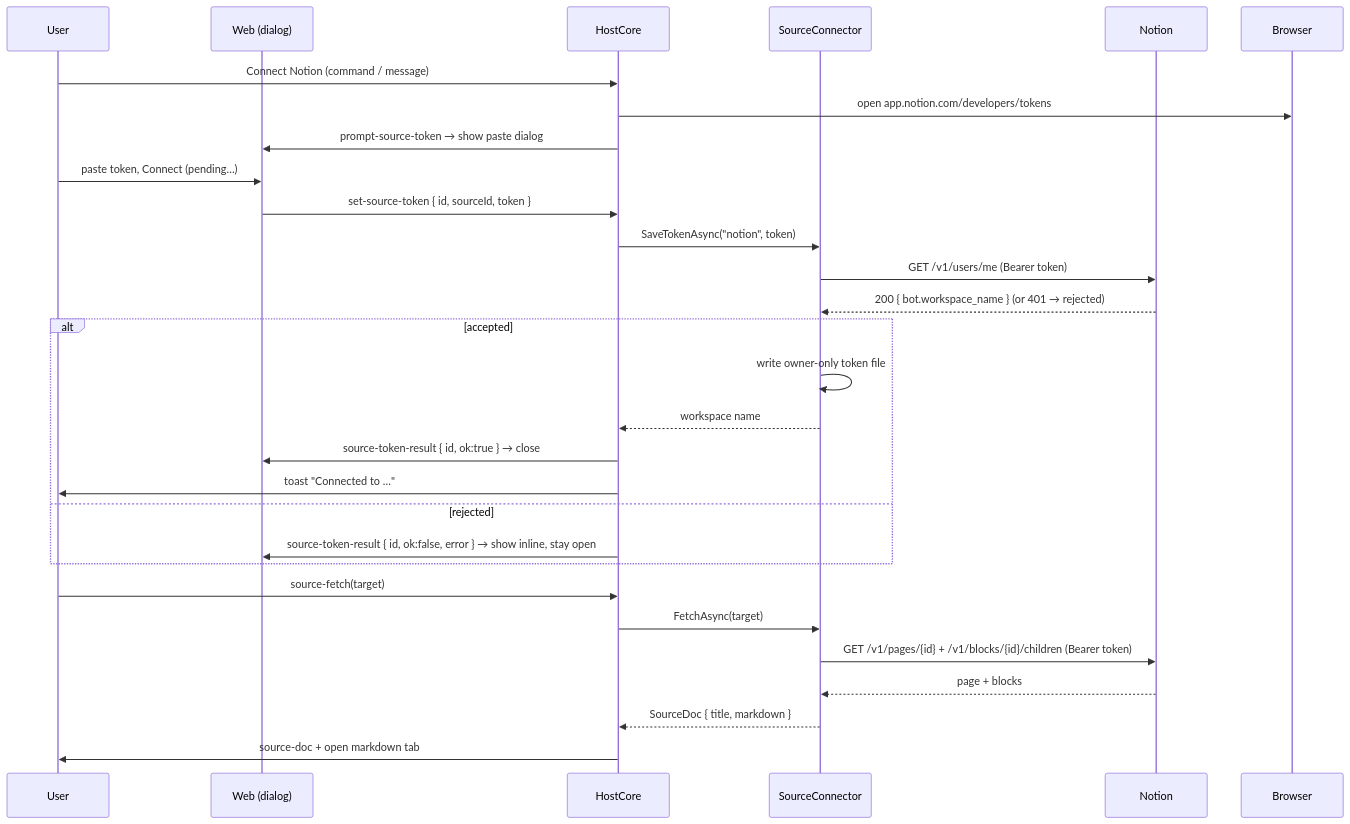
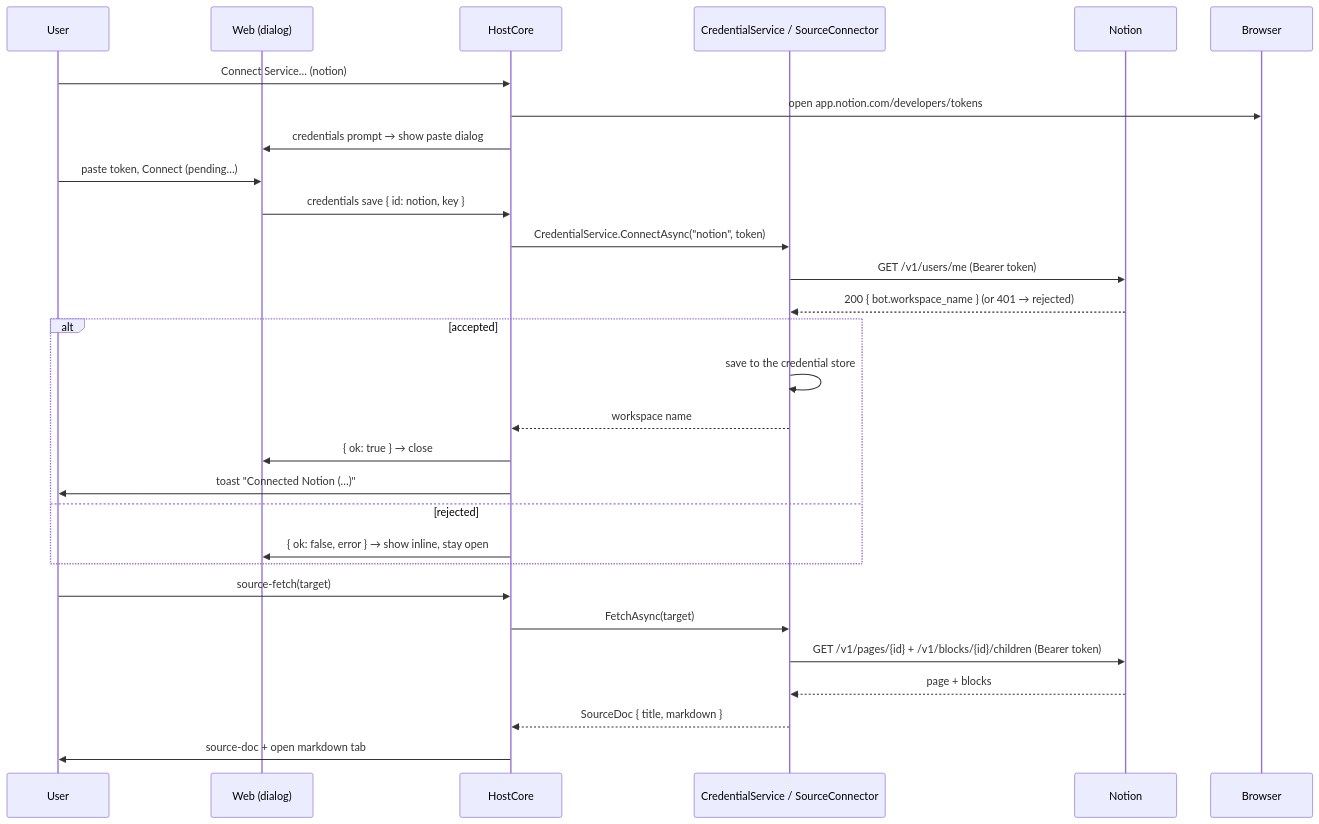
Before and after one commit to Kapps/weavie: the diagram in docs/specs/notion-source-auth.md, drawn with Mermaid. The commit also changed other lines of this file and 10 other files, not shown here.

````diff
--- a/docs/specs/notion-source-auth.md
+++ b/docs/specs/notion-source-auth.md
@@ -44,32 +45,32 @@
 ```mermaid
 sequenceDiagram
     participant U as User
     participant W as Web (dialog)
     participant H as HostCore
-    participant C as SourceConnector
+    participant C as CredentialService / SourceConnector
     participant N as Notion
     participant B as Browser
 
-    U->>H: Connect Notion (command / message)
+    U->>H: Connect Service… (notion)
     H->>B: open app.notion.com/developers/tokens
-    H->>W: prompt-source-token → show paste dialog
+    H->>W: credentials prompt → show paste dialog
     U->>W: paste token, Connect (pending…)
-    W->>H: set-source-token { id, sourceId, token }
-    H->>C: SaveTokenAsync("notion", token)
+    W->>H: credentials save { id: notion, key }
+    H->>C: CredentialService.ConnectAsync("notion", token)
     C->>N: GET /v1/users/me (Bearer token)
     N-->>C: 200 { bot.workspace_name }  (or 401 → rejected)
     alt accepted
-        C->>C: write owner-only token file
+        C->>C: save to the credential store
         C-->>H: workspace name
-        H->>W: source-token-result { id, ok:true } → close
-        H->>U: toast "Connected to …"
+        H->>W: { ok: true } → close
+        H->>U: toast "Connected Notion (…)"
     else rejected
-        H->>W: source-token-result { id, ok:false, error } → show inline, stay open
+        H->>W: { ok: false, error } → show inline, stay open
     end
     U->>H: source-fetch(target)
     H->>C: FetchAsync(target)
     C->>N: GET /v1/pages/{id} + /v1/blocks/{id}/children (Bearer token)
     N-->>C: page + blocks
     C-->>H: SourceDoc { title, markdown }
     H->>U: source-doc + open markdown tab
 ```
````
